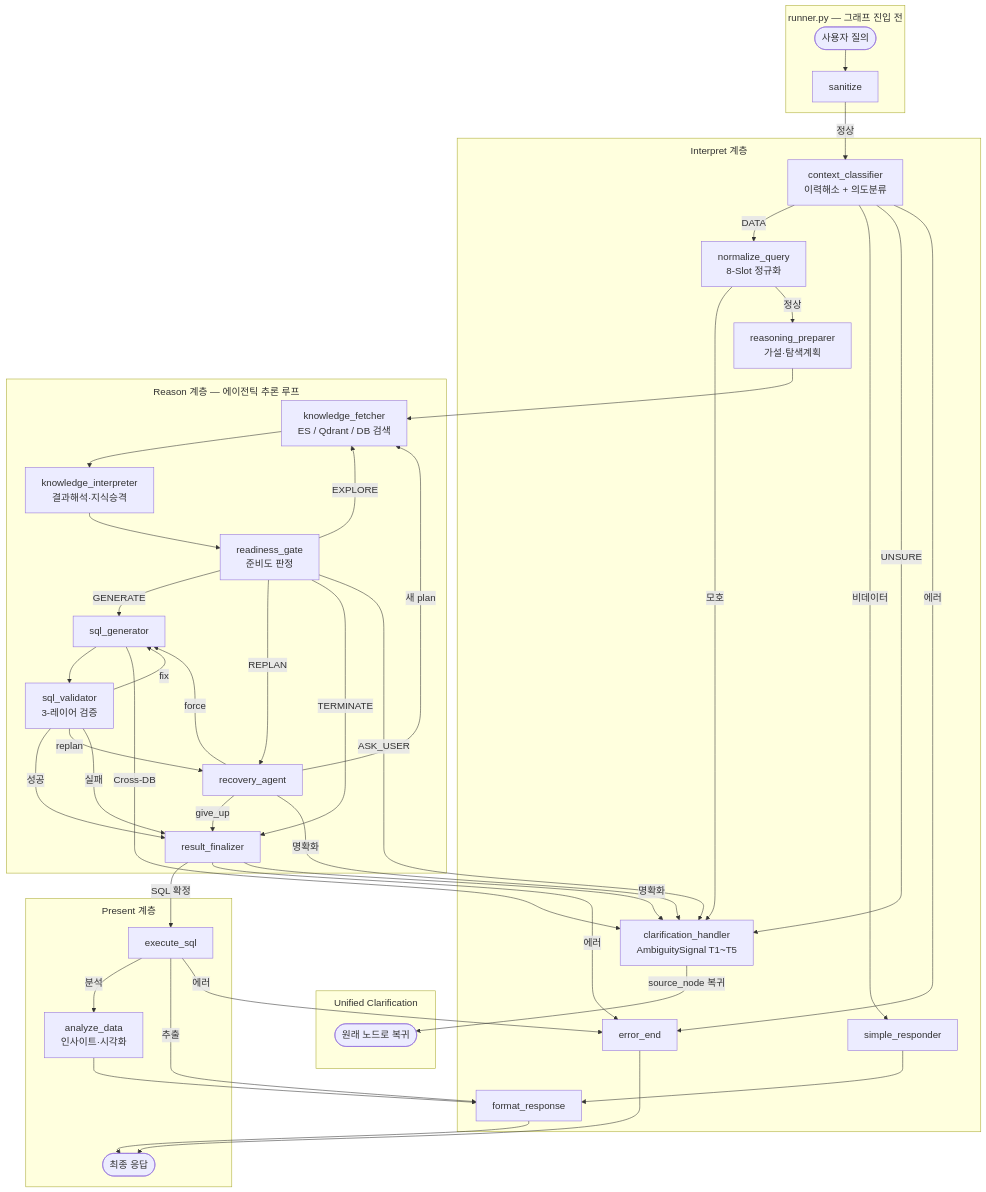
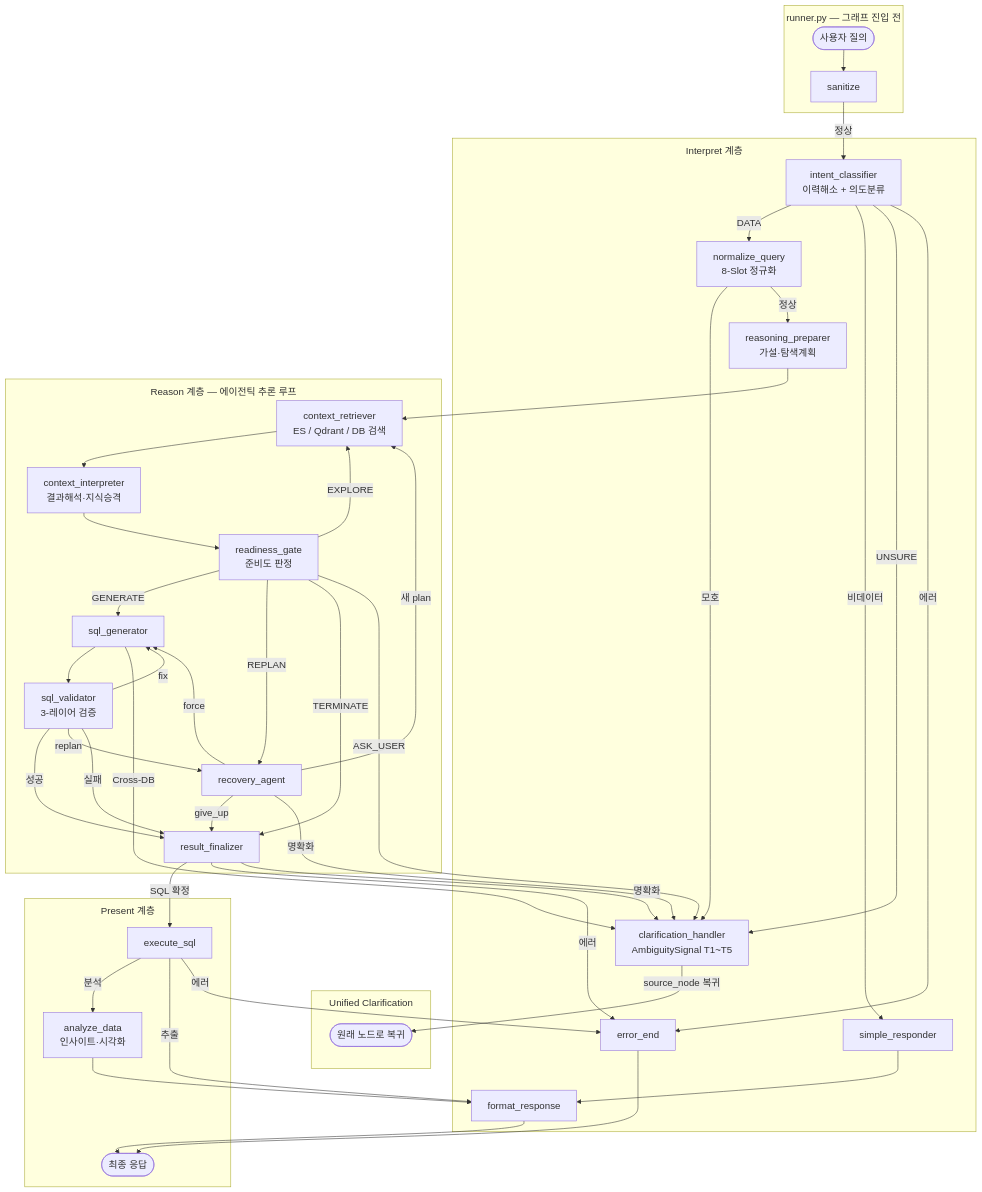
The first of 3 diagrams in docs/architecture/pipeline-architecture.md (cheol-hee-han/data-copilot), drawn with Mermaid before and after one commit. The commit also changed other lines of this file and 296 other files, not shown here.

````diff
--- a/docs/architecture/pipeline-architecture.md
+++ b/docs/architecture/pipeline-architecture.md
@@ -41,77 +41,77 @@
 ```mermaid
 ---
 config:
   themeVariables:
     fontSize: 18px
   flowchart:
     nodeSpacing: 50
     rankSpacing: 40
     subGraphTitleMargin:
       top: 10
       bottom: 10
 ---
 flowchart TD
     subgraph runner["runner.py — 그래프 진입 전"]
         A([사용자 질의]) --> SAN[sanitize]
     end
 
     subgraph interpret["Interpret 계층"]
-        SAN -->|정상| CC["context_classifier
+        SAN -->|정상| CC["intent_classifier
         이력해소 + 의도분류"]
         CC -->|DATA| NQ["normalize_query
         8-Slot 정규화"]
         CC -->|비데이터| SR[simple_responder]
         CC -->|UNSURE| CLR
         CC -->|에러| ERR
         NQ -->|모호| CLR
         NQ -->|정상| RP
         SR --> FMT
     end
 
     subgraph clarify["Unified Clarification"]
         CLR["clarification_handler
         AmbiguitySignal T1~T5"]
         CLR -->|source_node 복귀| RET(["원래 노드로 복귀"])
     end
 
     subgraph reason["Reason 계층 — 에이전틱 추론 루프"]
         RP["reasoning_preparer
         가설·탐색계획"]
-        RP --> KF["knowledge_fetcher
+        RP --> KF["context_retriever
         ES / Qdrant / DB 검색"]
-        KF --> KI["knowledge_interpreter
+        KF --> KI["context_interpreter
         결과해석·지식승격"]
         KI --> RG["readiness_gate
         준비도 판정"]
         RG -->|EXPLORE| KF
         RG -->|GENERATE| SG["sql_generator"]
         RG -->|REPLAN| RA["recovery_agent"]
         RG -->|TERMINATE| RF
         RG -->|ASK_USER| CLR
         SG --> SV["sql_validator
         3-레이어 검증"]
         SG -->|Cross-DB| CLR
         SV -->|성공| RF["result_finalizer"]
         SV -->|fix| SG
         SV -->|replan| RA
         SV -->|실패| RF
         RA -->|새 plan| KF
         RA -->|force| SG
         RA -->|give_up| RF
         RA -->|명확화| CLR
     end
 
     subgraph present["Present 계층"]
         RF -->|SQL 확정| EXEC[execute_sql]
         RF -->|에러| ERR
         RF -->|명확화| CLR
         EXEC -->|분석| ANA["analyze_data
         인사이트·시각화"]
         EXEC -->|추출| FMT[format_response]
         EXEC -->|에러| ERR
         ANA --> FMT
         FMT --> END_OK([최종 응답])
     end
 
     ERR[error_end] --> END_OK
 ```
````
